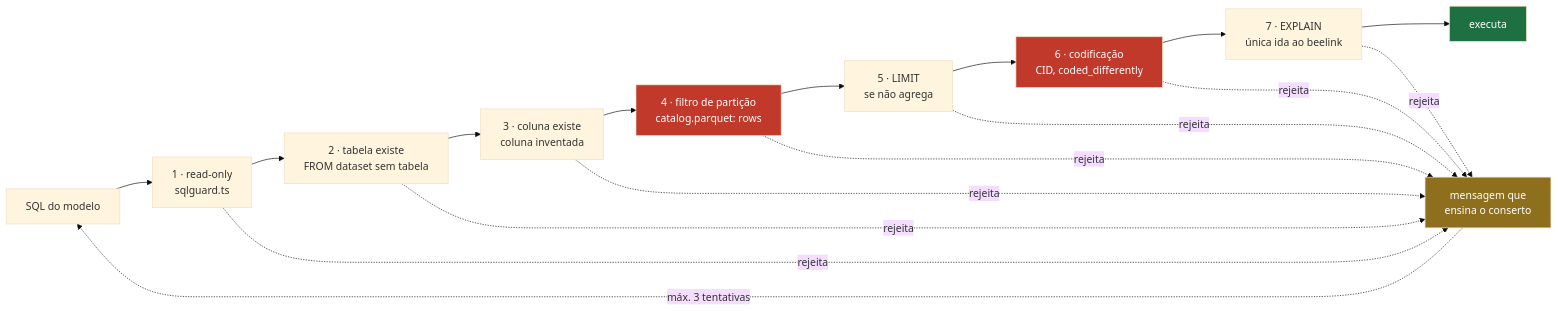
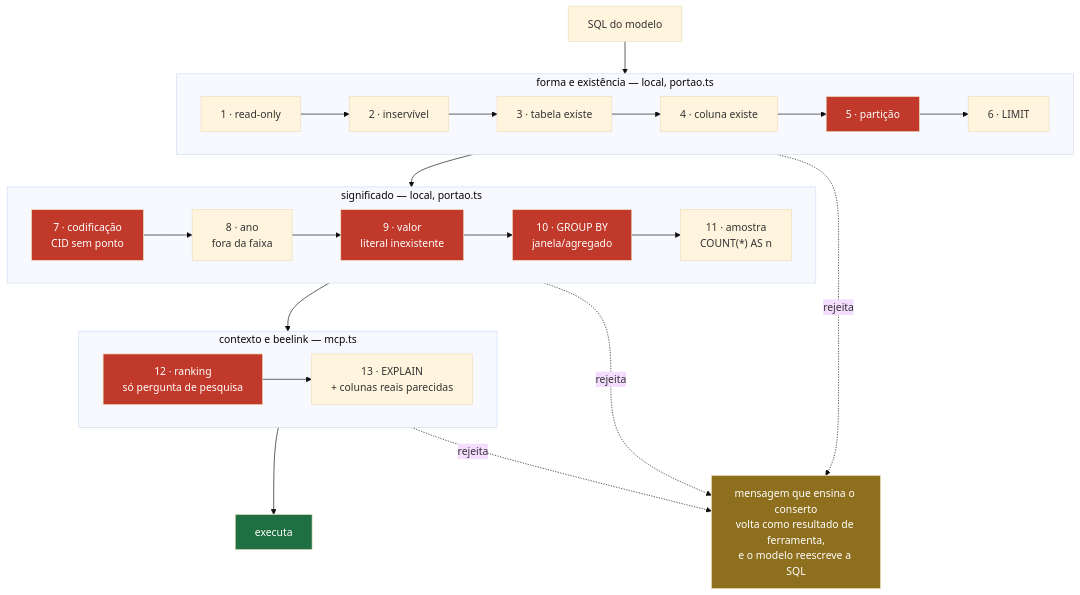
One commit to rafapolo/rodado changed the second of 3 diagrams in harness/README.md. Above: the diagram before and after it, drawn with Mermaid (base theme). The commit also changed other lines of this file and 2 other files, not shown here.

Commit message:
fix: portao recusa literal que a coluna nao tem, e os diagramas mostram as 13 camadas
Triagem de 58 casos de pesquisa: 10 desistiram por junção vazia com a
chave certa; o vazio vinha do filtro (cor_raca 'Preto' onde o Censo guarda
'Preta'). A camada valor confere qualquer coluna contra a lista completa
de valores; relida contra 248 consultas que devolveram linha, os 3 acertos
eram erro de verdade e nenhum falso positivo. O diagrama das camadas passa
a agrupar forma, significado e contexto.

````diff
--- a/harness/README.md
+++ b/harness/README.md
@@ -63,20 +63,30 @@
 ```mermaid
-flowchart LR
-    SQL["SQL do modelo"] --> L1
+flowchart TD
+    SQL["SQL do modelo"] --> F
 
-    L1["1 · read-only<br/>sqlguard.ts"] --> L2
-    L2["2 · tabela existe<br/>FROM dataset sem tabela"] --> L3
-    L3["3 · coluna existe<br/>coluna inventada"] --> L4
-    L4["4 · filtro de partição<br/>catalog.parquet: rows"] --> L5
-    L5["5 · LIMIT<br/>se não agrega"] --> L6
-    L6["6 · codificação<br/>CID, coded_differently"] --> L7
-    L7["7 · EXPLAIN<br/>única ida ao beelink"] --> OK["executa"]
+    subgraph F["forma e existência — local, portao.ts"]
+        direction LR
+        L1["1 · read-only"] --> L2["2 · inservível"] --> L3["3 · tabela existe"] --> L4["4 · coluna existe"] --> L5["5 · partição"] --> L6["6 · LIMIT"]
+    end
 
-    L1 & L2 & L3 & L4 & L5 & L6 & L7 -.->|"rejeita"| REP["mensagem que<br/>ensina o conserto"]
-    REP -.->|"máx. 3 tentativas"| SQL
+    subgraph S["significado — local, portao.ts"]
+        direction LR
+        L7["7 · codificação<br/>CID sem ponto"] --> L8["8 · ano<br/>fora da faixa"] --> L9["9 · valor<br/>literal inexistente"] --> L10["10 · GROUP BY<br/>janela/agregado"] --> L11["11 · amostra<br/>COUNT(*) AS n"]
+    end
 
-    style L4 fill:#c0392b,color:#fff
-    style L6 fill:#c0392b,color:#fff
+    subgraph B["contexto e beelink — mcp.ts"]
+        direction LR
+        L12["12 · ranking<br/>só pergunta de pesquisa"] --> L13["13 · EXPLAIN<br/>+ colunas reais parecidas"]
+    end
+
+    F --> S --> B --> OK["executa"]
+    F & S & B -.->|"rejeita"| REP["mensagem que ensina o conserto<br/>volta como resultado de ferramenta,<br/>e o modelo reescreve a SQL"]
+
+    style L5 fill:#c0392b,color:#fff
+    style L7 fill:#c0392b,color:#fff
+    style L9 fill:#c0392b,color:#fff
+    style L10 fill:#c0392b,color:#fff
+    style L12 fill:#c0392b,color:#fff
     style REP fill:#8e6f1e,color:#fff
     style OK fill:#1e6f42,color:#fff
 ```
````
